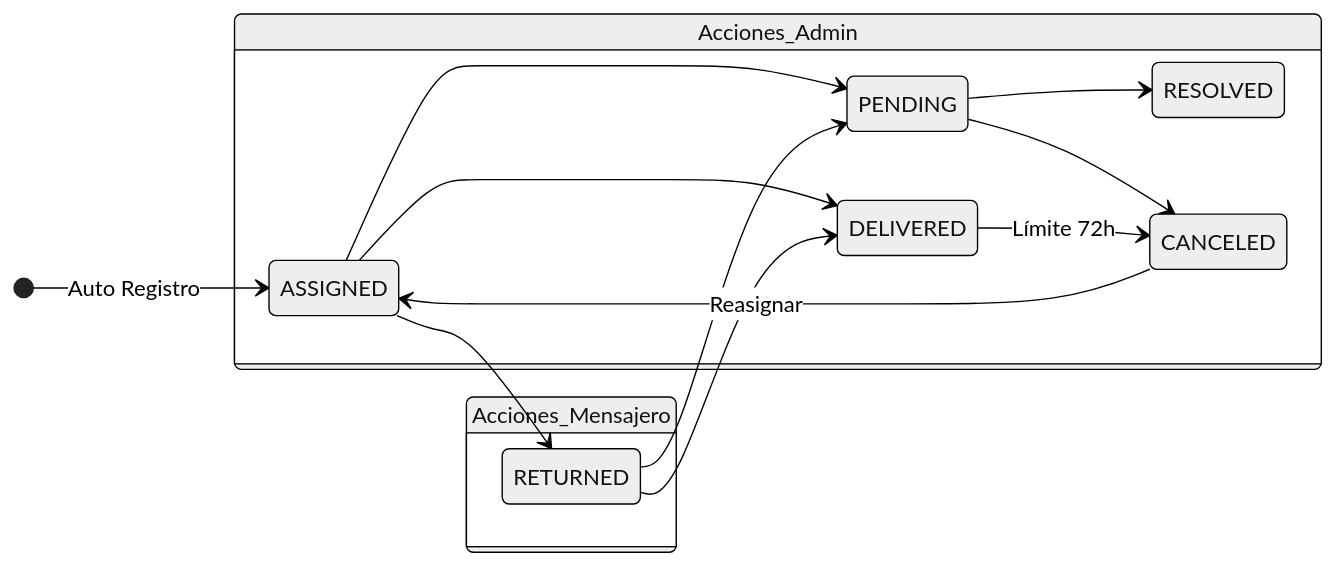
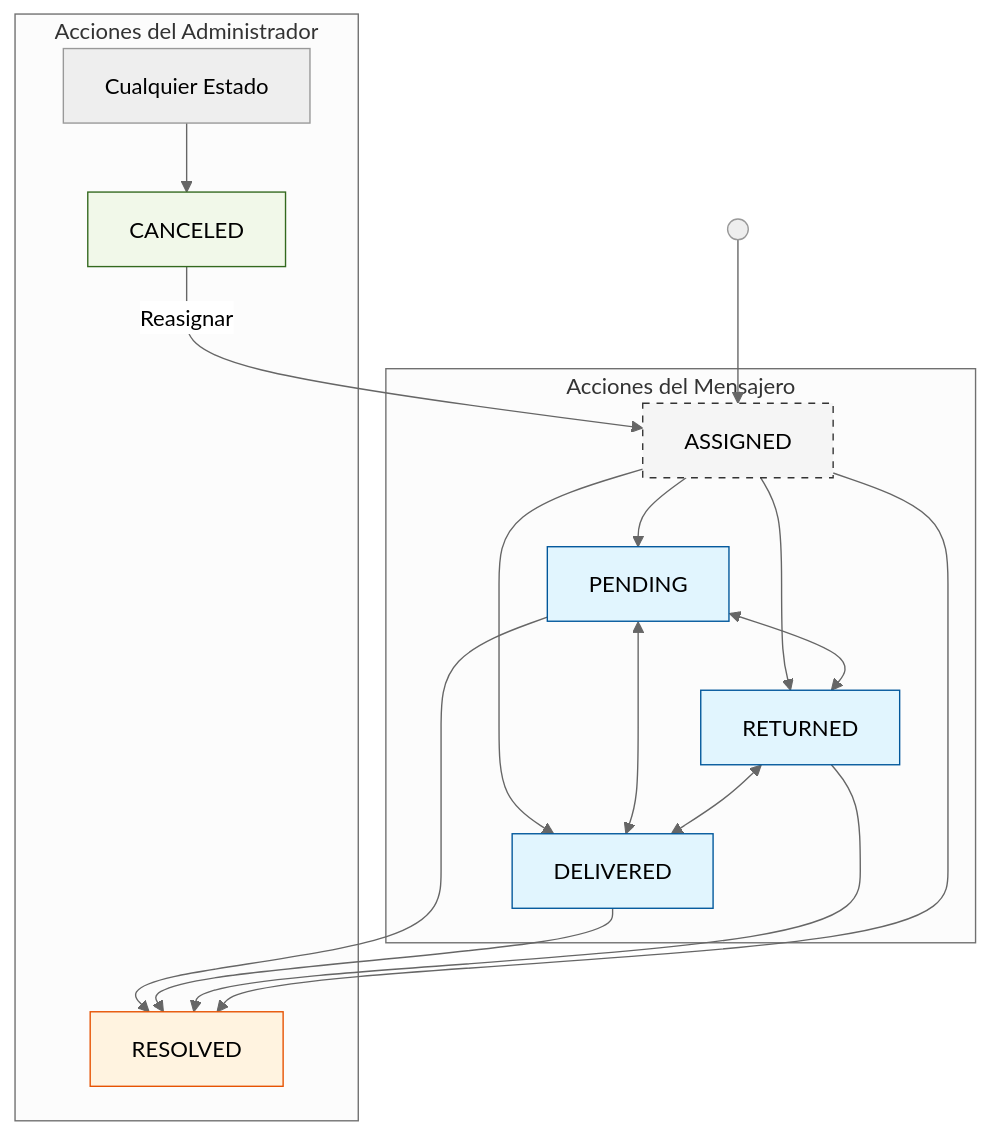
One commit to fttmatteo/messenger-backend changed the third of 4 diagrams in README.es.md. Above: the diagram before and after it, drawn with Mermaid (neutral theme). The commit also changed other lines of this file and 1 other file, not shown here.

Commit message:
docs: enhance README with updated architecture and state flow diagrams, new API endpoints, and technology details.

````diff
--- a/README.es.md
+++ b/README.es.md
@@ -438,21 +471,35 @@
 ```mermaid
-stateDiagram-v2
-    direction LR
+flowchart TD
+    START(( )) --> ASSIGNED[ASSIGNED]
     
-    [*] --> ASSIGNED: Auto Registro
+    subgraph MENSAJERO ["Acciones del Mensajero"]
+        ASSIGNED --> PENDING[PENDING]
+        ASSIGNED --> DELIVERED[DELIVERED]
+        ASSIGNED --> RETURNED[RETURNED]
+        
+        PENDING <--> RETURNED
+        PENDING <--> DELIVERED
+        RETURNED <--> DELIVERED
+    end
+
+    subgraph ADMIN ["Acciones del Administrador"]
+        PENDING --> RESOLVED[RESOLVED]
+        DELIVERED --> RESOLVED
+        RETURNED --> RESOLVED
+        ASSIGNED --> RESOLVED
+        
+        ANY[Cualquier Estado] --> CANCELED[CANCELED]
+        CANCELED -->|Reasignar| ASSIGNED
+    end
+
+    %% Estilos
+    classDef initial fill:#f5f5f5,stroke:#333,stroke-dasharray: 5 5
+    classDef messenger fill:#e1f5fe,stroke:#01579b
+    classDef admin fill:#f1f8e9,stroke:#33691e
+    classDef final fill:#fff3e0,stroke:#e65100
     
-    state Acciones_Mensajero {
-        ASSIGNED --> PENDING
-        ASSIGNED --> DELIVERED
-        ASSIGNED --> RETURNED
-        RETURNED --> PENDING
-        RETURNED --> DELIVERED
-    }
-    
-    state Acciones_Admin {
-        PENDING --> RESOLVED
-        PENDING --> CANCELED
-        DELIVERED --> CANCELED: Límite 72h
-        CANCELED --> ASSIGNED: Reasignar
-    }
+    class ASSIGNED initial
+    class PENDING,DELIVERED,RETURNED messenger
+    class CANCELED admin
+    class RESOLVED final
 ```
````
